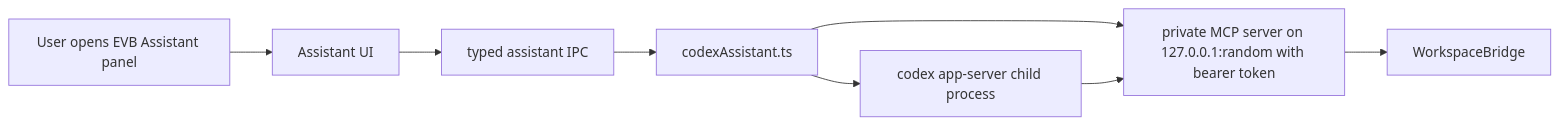
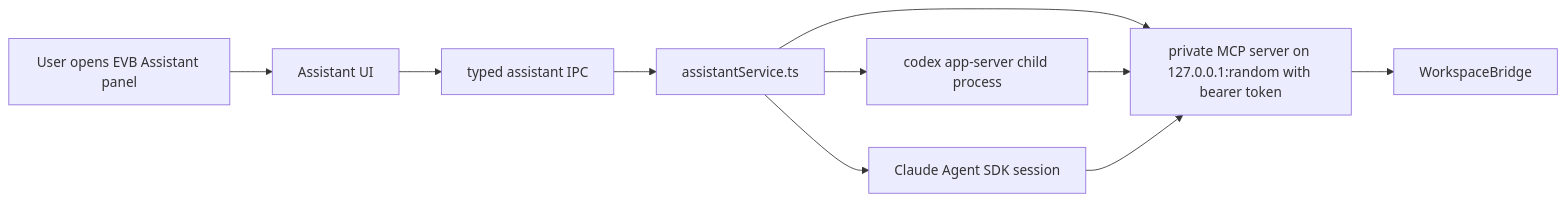
One commit to evb0110/evb-viewer changed the second of 2 diagrams in docs/architecture/mcp.md. Above: the diagram before and after it, drawn with Mermaid. The commit also changed other lines of this file and 2 other files, not shown here.

First line of the commit message:
docs(architecture): correct three pages that drifted from the code

````diff
--- a/docs/architecture/mcp.md
+++ b/docs/architecture/mcp.md
@@ -35,10 +35,12 @@
 ```mermaid
 flowchart LR
     User["User opens EVB Assistant panel"] --> Renderer["Assistant UI"]
     Renderer --> AssistantIPC["typed assistant IPC"]
-    AssistantIPC --> Runtime["codexAssistant.ts"]
+    AssistantIPC --> Runtime["assistantService.ts"]
     Runtime --> AppServer["codex app-server child process"]
+    Runtime --> ClaudeSdk["Claude Agent SDK session"]
     Runtime --> PrivateMcp["private MCP server on 127.0.0.1:random with bearer token"]
     AppServer --> PrivateMcp
+    ClaudeSdk --> PrivateMcp
     PrivateMcp --> WorkspaceBridge
 ```
````
